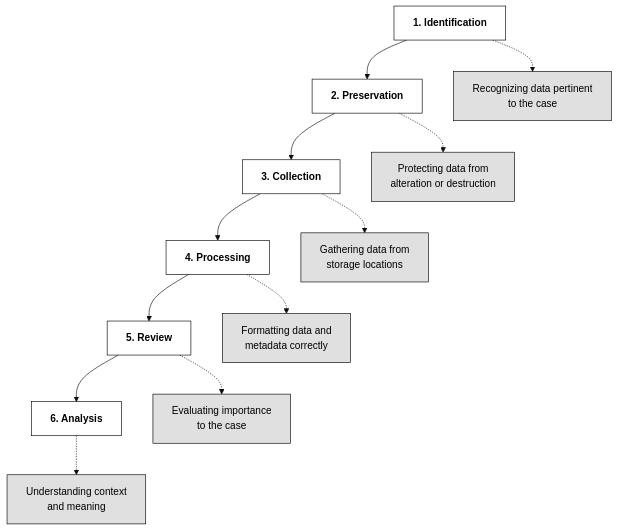
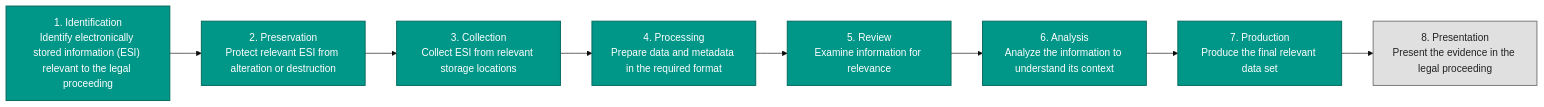
One commit to lorenzoleonelli/CISSP-Zero-to-Hero changed the fifth of 5 diagrams in DOMAIN2 - Asset Security/2.4 Manage Data Lifecycle.md. Above: the diagram before and after it, drawn with Mermaid (base theme). The commit also changed other lines of this file and 1 other file, not shown here.

````diff
--- a/DOMAIN2 - Asset Security/2.4 Manage Data Lifecycle.md
+++ b/DOMAIN2 - Asset Security/2.4 Manage Data Lifecycle.md
@@ -496,22 +577,19 @@
 ```mermaid
-flowchart TD
-    A["1. Identification"] --> B["2. Preservation"]
-    B --> C["3. Collection"]
-    C --> D["4. Processing"]
-    D --> E["5. Review"]
-    E --> F["6. Analysis"]
+flowchart LR
+    A["1. Identification<br/>Identify electronically stored information (ESI) relevant to the legal proceeding"]
+    B["2. Preservation<br/>Protect relevant ESI from alteration or destruction"]
+    C["3. Collection<br/>Collect ESI from relevant storage locations"]
+    D["4. Processing<br/>Prepare data and metadata in the required format"]
+    E["5. Review<br/>Examine information for relevance"]
+    F["6. Analysis<br/>Analyze the information to understand its context"]
+    G["7. Production<br/>Produce the final relevant data set"]
+    H["8. Presentation<br/>Present the evidence in the legal proceeding"]
 
-    %% Descriptions using dotted lines for cleaner visual hierarchy
-    A -.-> A1["Recognizing data pertinent<br/>to the case"]
-    B -.-> B1["Protecting data from<br/>alteration or destruction"]
-    C -.-> C1["Gathering data from<br/>storage locations"]
-    D -.-> D1["Formatting data and<br/>metadata correctly"]
-    E -.-> E1["Evaluating importance<br/>to the case"]
-    F -.-> F1["Understanding context<br/>and meaning"]
+    A --> B --> C --> D --> E --> F --> G --> H
 
-    classDef center fill:#ffffff,color:#000000,stroke:#000000,stroke-width:1px,font-weight:bold
-    classDef node fill:#e0e0e0,color:#000000,stroke:#000000,stroke-width:1px
+    classDef step fill:#009688,color:#ffffff,stroke:#00695c,stroke-width:1.5px
+    classDef final fill:#e0e0e0,color:#222222,stroke:#757575,stroke-width:1.5px
 
-    class A,B,C,D,E,F center
-    class A1,B1,C1,D1,E1,F1 node
+    class A,B,C,D,E,F,G step
+    class H final
 ```
````
